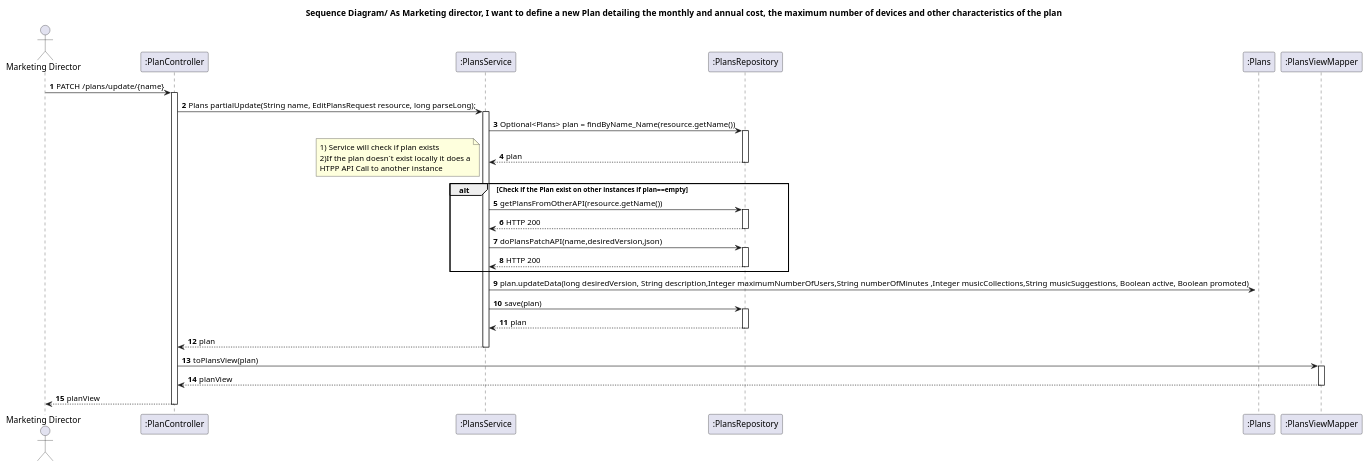
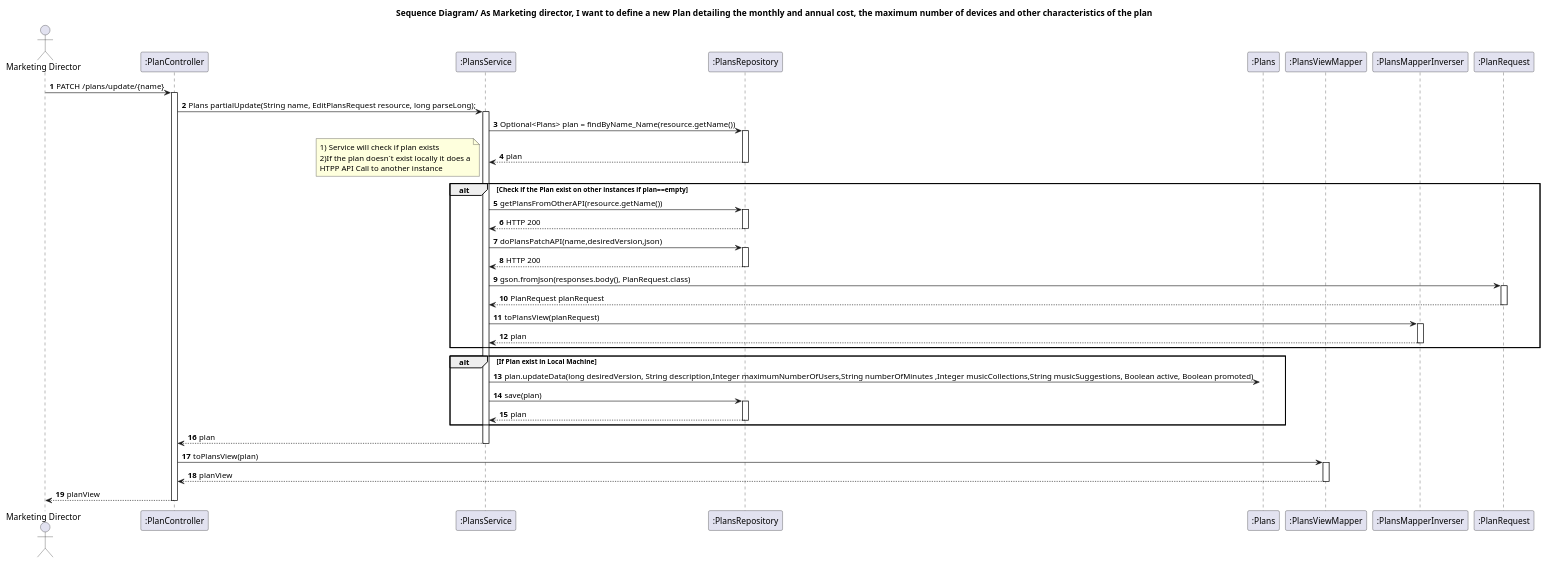
One commit to IsepMartimOliveira/SIDIS changed the diagram in docs_sidis/Plans/WP#1A/US03/SD.puml. Above: the diagram before and after it, drawn with PlantUML. The commit also changed 7 other files, not shown here.

```diff
--- a/docs_sidis/Plans/WP#1A/US03/SD.puml
+++ b/docs_sidis/Plans/WP#1A/US03/SD.puml
@@ -1,45 +1,54 @@
 @startuml
 'https://plantuml.com/sequence-diagram
 autoactivate on
 autonumber
 title Sequence Diagram/ As Marketing director, I want to define a new Plan detailing the monthly and annual cost, the maximum number of devices and other characteristics of the plan
 
 autonumber
 
 actor "Marketing Director" as Ac
 participant ":PlanController" as Ctrl
 participant ":PlansService" as Serv
 participant ":PlansRepository" as Repo
 participant ":Plans" as Plan
 participant ":PlansViewMapper" as View
+participant ":PlansMapperInverser" as ViewInverser
+participant ":PlanRequest" as Request
 
 
 Ac -> Ctrl : PATCH /plans/update/{name}
 
 Ctrl -> Serv :	Plans partialUpdate(String name, EditPlansRequest resource, long parseLong);
 
 Serv -> Repo :Optional<Plans> plan = findByName_Name(resource.getName())
 Repo --> Serv : plan
 note left
 1) Service will check if plan exists
 2)If the plan doesn´t exist locally it does a
 HTPP API Call to another instance
 end note
 deactivate Plan
 alt Check if the Plan exist on other instances if plan==empty
 Serv->Repo:getPlansFromOtherAPI(resource.getName())
 Repo-->Serv: HTTP 200
 
+
+
 Serv->Repo:doPlansPatchAPI(name,desiredVersion,json)
 Repo-->Serv: HTTP 200
+Serv -> Request :  gson.fromJson(responses.body(), PlanRequest.class)
+Request-->Serv:PlanRequest planRequest
+Serv -> ViewInverser : toPlansView(planRequest)
+ViewInverser -->Serv: plan
 end
-
+alt If Plan exist in Local Machine
 Serv -> Plan :plan.updateData(long desiredVersion, String description,Integer maximumNumberOfUsers,String numberOfMinutes ,Integer musicCollections,String musicSuggestions, Boolean active, Boolean promoted)
 Serv -> Repo: save(plan)
 Repo --> Serv: plan
+end
 Serv --> Ctrl: plan
 Ctrl ->View: toPlansView(plan)
 View -->Ctrl: planView
 Ac <-- Ctrl : planView
 
 @enduml
```
